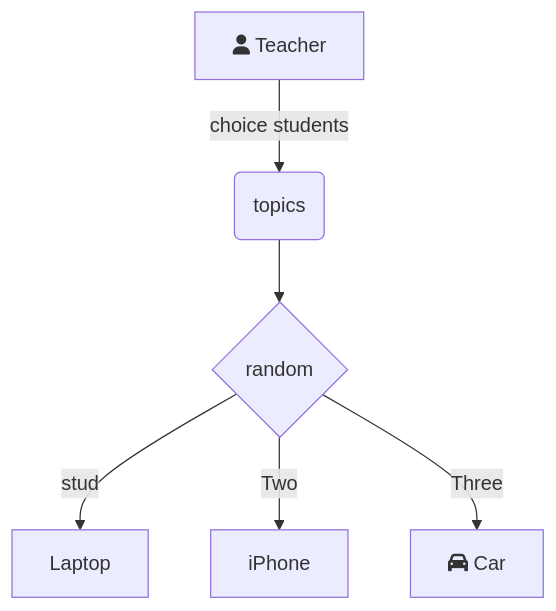
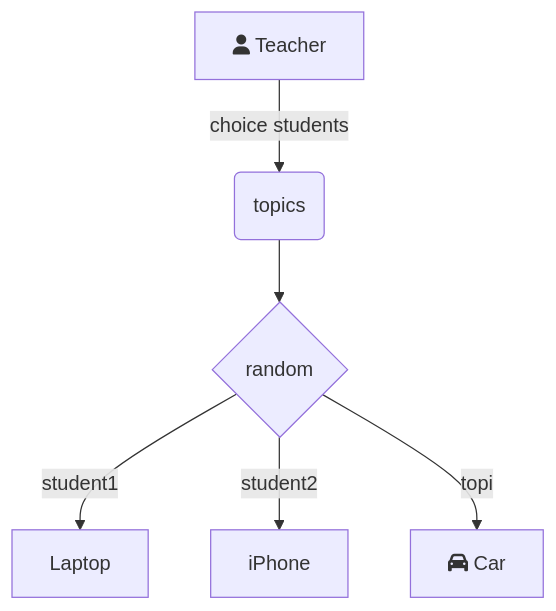
The diagram in all/未命名-2.md (CharlieTD/iodraw-files), drawn with Mermaid before and after one commit.

Commit message:
2024-07-15 22:40:57 update

````diff
--- a/all/未命名-2.md
+++ b/all/未命名-2.md
@@ -1,8 +1,8 @@
 ```mermaid
 graph TD
     A[fa:fa-user Teacher] -->|choice students| B(topics)
     B --> C{random}
-    C -->|stud| D[Laptop]
-    C -->|Two| E[iPhone]
-    C -->|Three| F[fa:fa-car Car]
+    C -->|student1| D[Laptop]
+    C -->|student2| E[iPhone]
+    C -->|topi| F[fa:fa-car Car]
 ```
````
